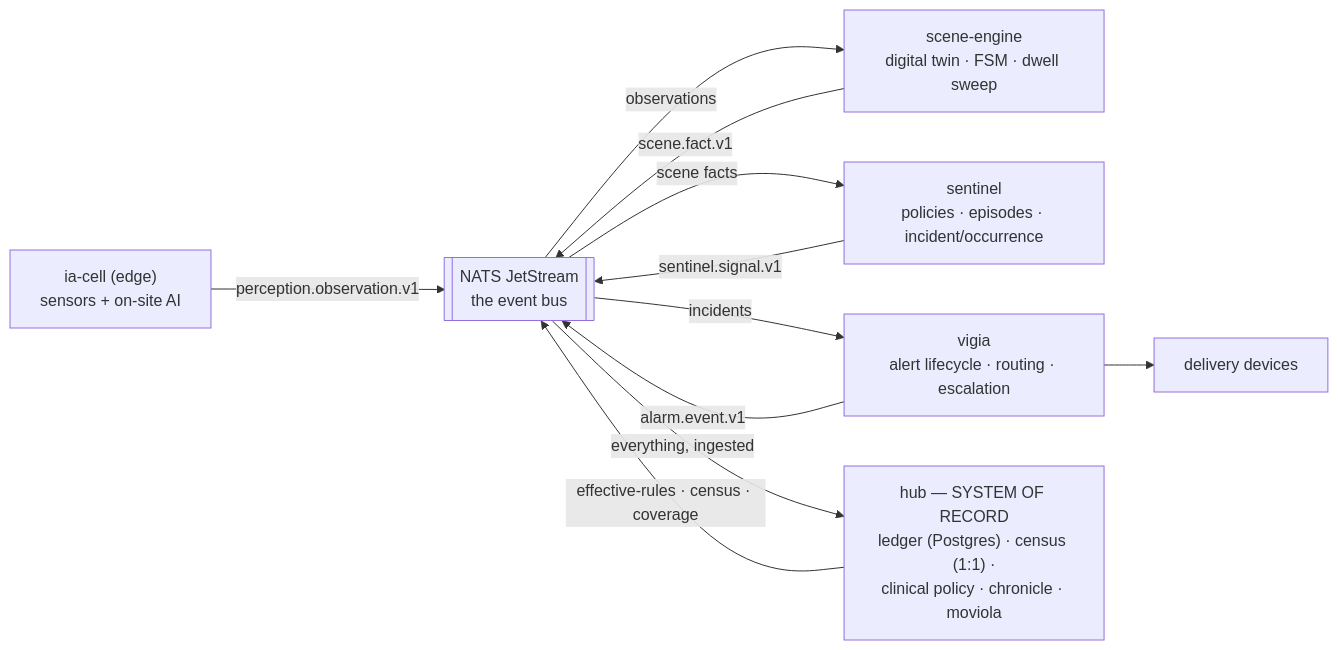
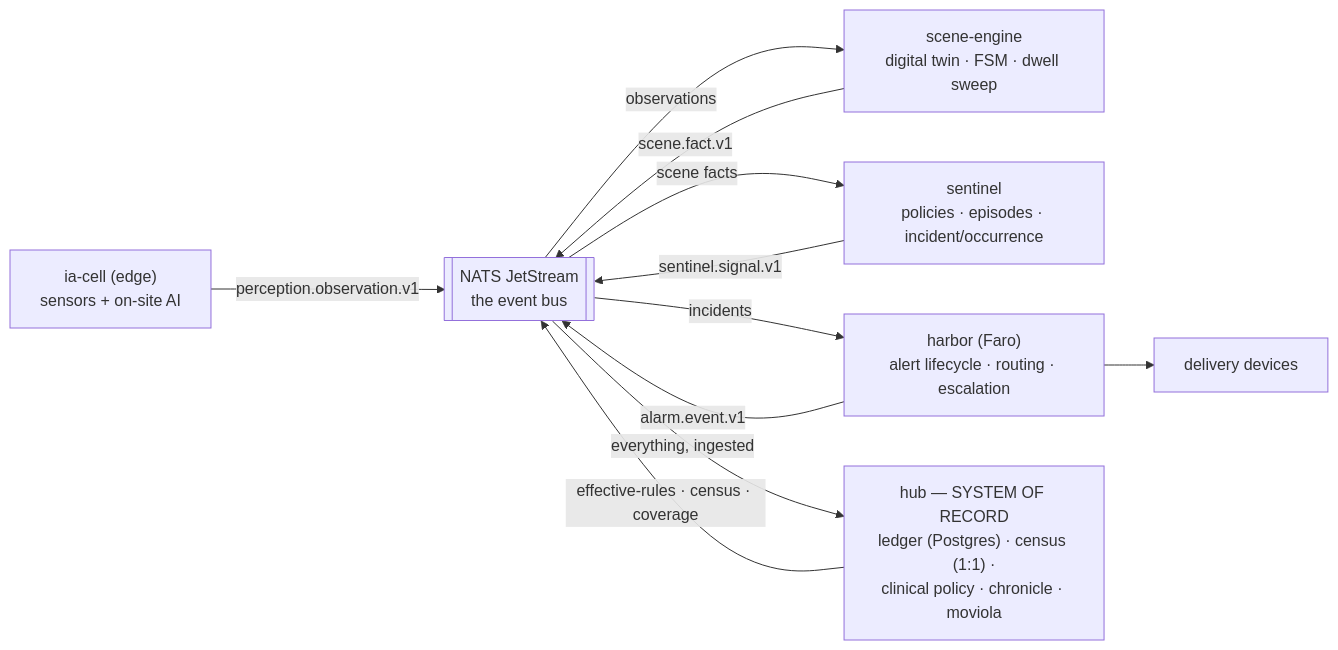
Before and after one commit to e7canasta/mana-hive: the diagram in README.md, drawn with Mermaid. The commit also changed other lines of this file and 40 other files, not shown here.

````diff
--- a/README.md
+++ b/README.md
@@ -13,21 +13,21 @@
 ```mermaid
 flowchart LR
     CELL["ia-cell (edge)<br/>sensors + on-site AI"]
     BUS[["NATS JetStream<br/>the event bus"]]
     SCENE["scene-engine<br/>digital twin · FSM · dwell sweep"]
     SENT["sentinel<br/>policies · episodes · incident/occurrence"]
-    VIGIA["vigia<br/>alert lifecycle · routing · escalation"]
+    HARBOR["harbor (Faro)<br/>alert lifecycle · routing · escalation"]
     HUB["hub — SYSTEM OF RECORD<br/>ledger (Postgres) · census (1:1) ·<br/>clinical policy · chronicle · moviola"]
     DEV["delivery devices"]
 
     CELL -- "perception.observation.v1" --> BUS
     BUS -- observations --> SCENE
     SCENE -- "scene.fact.v1" --> BUS
     BUS -- scene facts --> SENT
     SENT -- "sentinel.signal.v1" --> BUS
-    BUS -- incidents --> VIGIA
-    VIGIA -- "alarm.event.v1" --> BUS
-    VIGIA --> DEV
+    BUS -- incidents --> HARBOR
+    HARBOR -- "alarm.event.v1" --> BUS
+    HARBOR --> DEV
     BUS -- "everything, ingested" --> HUB
     HUB -- "effective-rules · census · coverage" --> BUS
 ```
````
